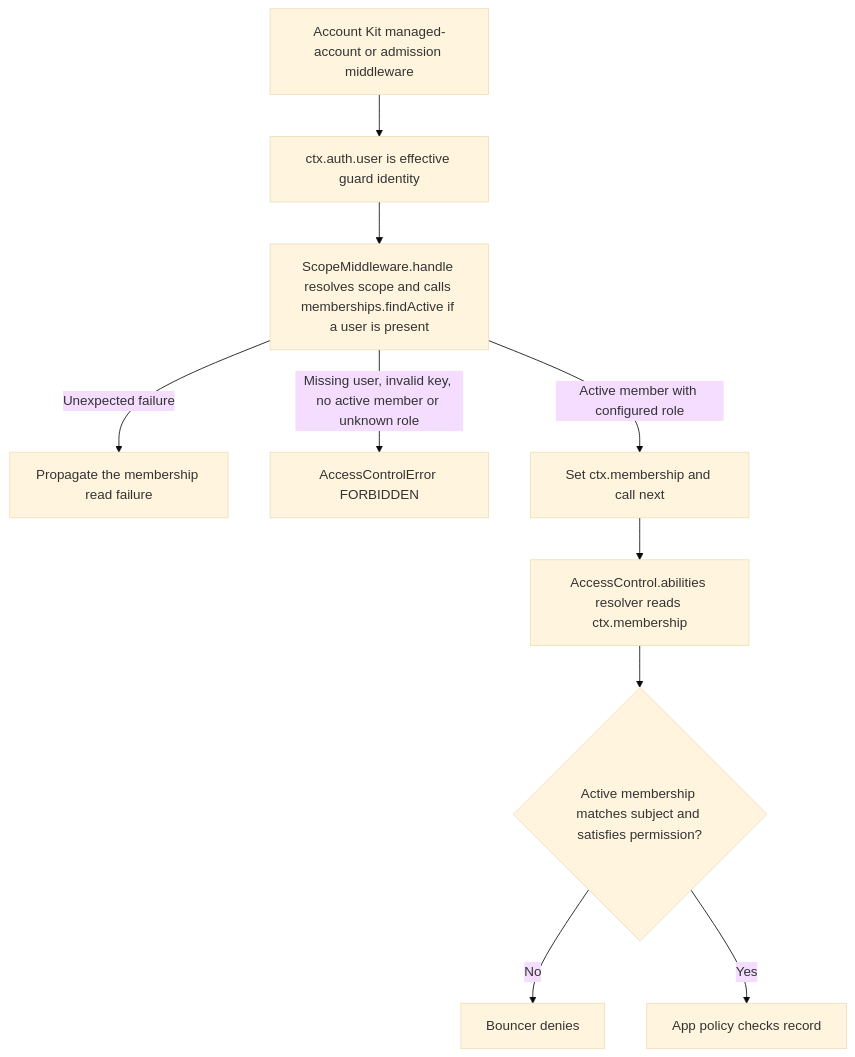
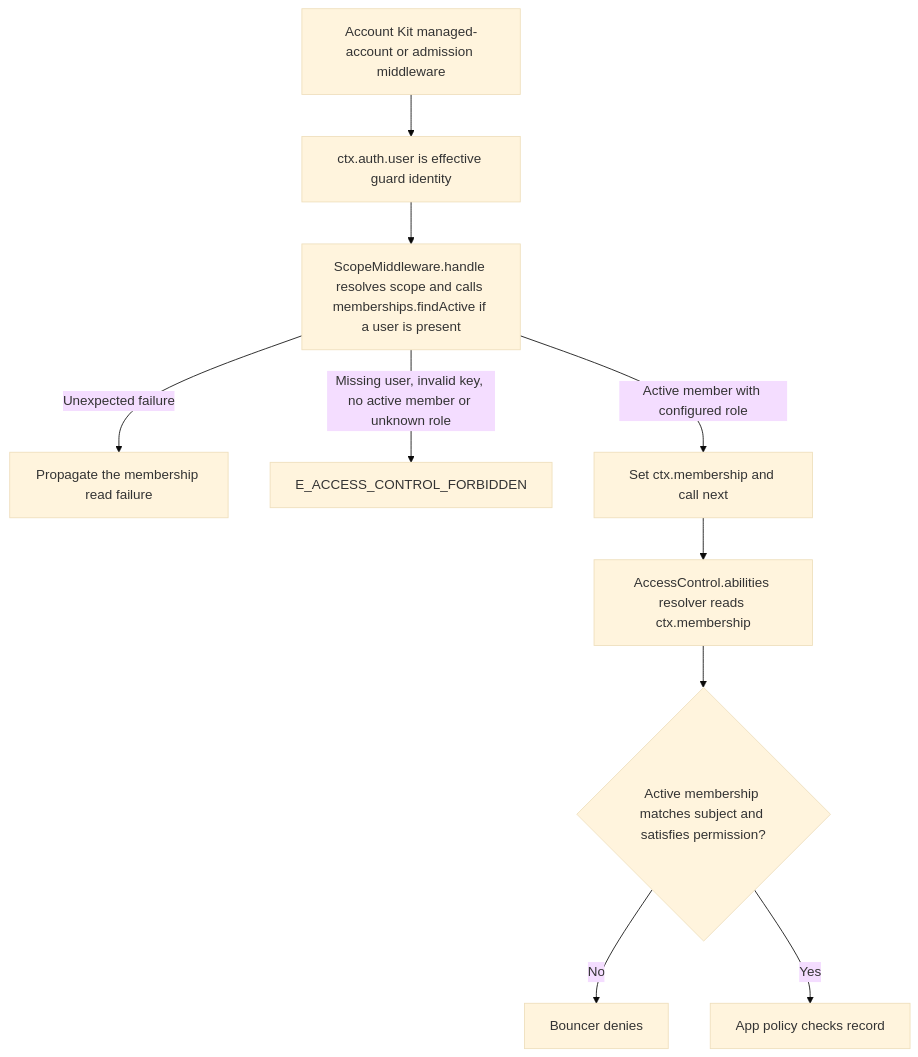
The second of 2 diagrams in user-stories/US-ACCESS-02-enter-scoped-route.md (Kevinjohn/oss-adonisjs-access-control), drawn with Mermaid (base theme) before and after one commit. The commit also changed 37 other files, not shown here.

````diff
--- a/user-stories/US-ACCESS-02-enter-scoped-route.md
+++ b/user-stories/US-ACCESS-02-enter-scoped-route.md
@@ -42,12 +42,12 @@
 ```mermaid
 flowchart TD
     A["Account Kit managed-account or admission middleware"] --> B["ctx.auth.user is effective guard identity"]
     B --> C["ScopeMiddleware.handle resolves scope and calls memberships.findActive if a user is present"]
     C -->|Unexpected failure| X["Propagate the membership read failure"]
-    C -->|Missing user, invalid key, no active member or unknown role| E["AccessControlError FORBIDDEN"]
+    C -->|Missing user, invalid key, no active member or unknown role| E["E_ACCESS_CONTROL_FORBIDDEN"]
     C -->|Active member with configured role| F["Set ctx.membership and call next"]
     F --> G["AccessControl.abilities resolver reads ctx.membership"]
     G --> H{"Active membership matches subject and satisfies permission?"}
     H -->|No| I["Bouncer denies"]
     H -->|Yes| J["App policy checks record"]
 ```
````
